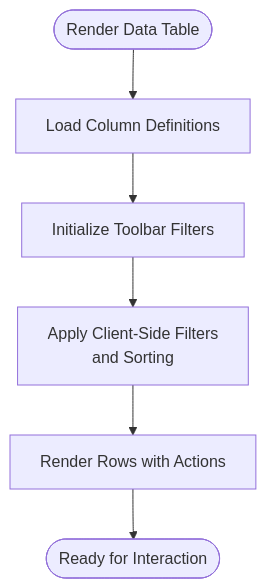
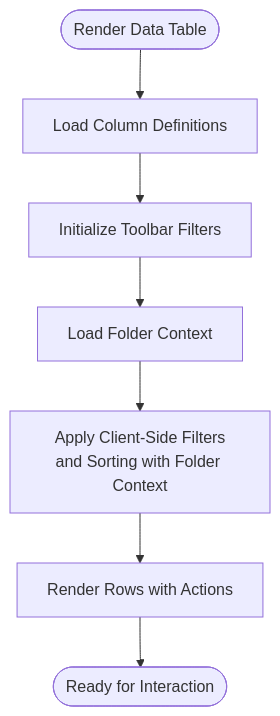
One commit to ngothanhtung/claude-code-shadcn-dashboard changed the fourth of 8 diagrams in .qoder/repowiki/en/content/Data Management Modules/Document Management.md. Above: the diagram before and after it, drawn with Mermaid. The commit also changed other lines of this file and 112 other files, not shown here.

````diff
--- a/.qoder/repowiki/en/content/Data Management Modules/Document Management.md
+++ b/.qoder/repowiki/en/content/Data Management Modules/Document Management.md
@@ -217,8 +241,9 @@
 ```mermaid
 flowchart TD
 Start(["Render Data Table"]) --> LoadColumns["Load Column Definitions"]
 LoadColumns --> LoadToolbar["Initialize Toolbar Filters"]
-LoadToolbar --> ApplyFilters["Apply Client-Side Filters<br/>and Sorting"]
+LoadToolbar --> LoadFolderContext["Load Folder Context"]
+LoadFolderContext --> ApplyFilters["Apply Client-Side Filters<br/>and Sorting with Folder Context"]
 ApplyFilters --> RenderRows["Render Rows with Actions"]
 RenderRows --> End(["Ready for Interaction"])
 ```
````
